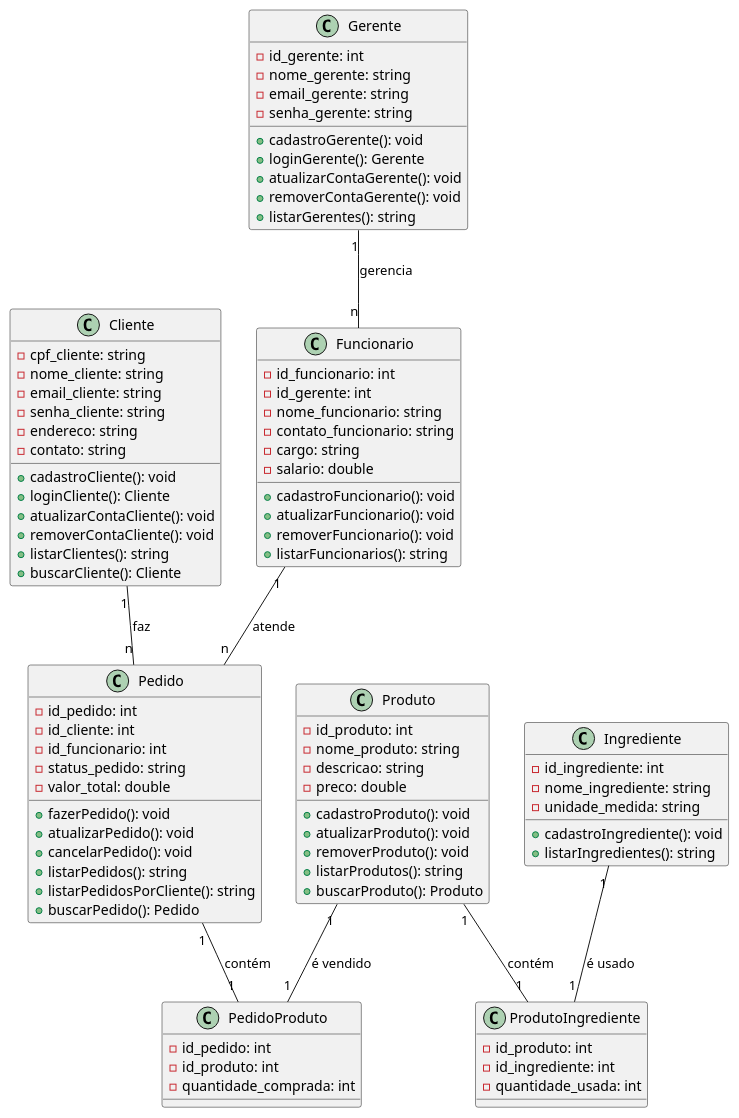
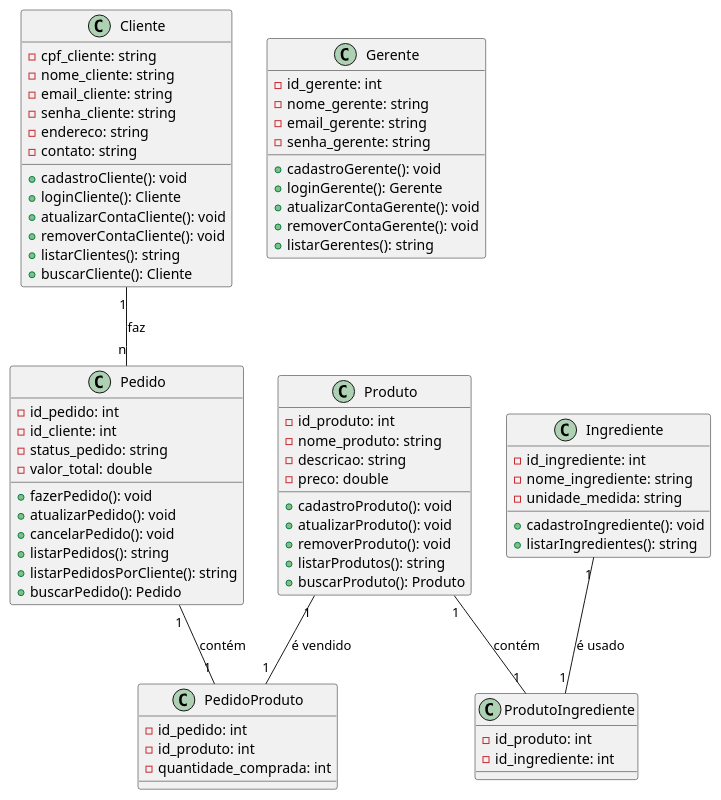
The diagram in diagrama/diagrama.puml (nicolinhaaaaaaas/ProjetoPadariaPython), drawn with PlantUML before and after one commit. The commit also changed 5 other files, not shown here.

```diff
--- a/diagrama/diagrama.puml
+++ b/diagrama/diagrama.puml
@@ -1,103 +1,85 @@
 @startuml diagrama
 
 class Cliente {
     - cpf_cliente: string
     - nome_cliente: string
     - email_cliente: string
     - senha_cliente: string
     - endereco: string
     - contato: string
 
     + cadastroCliente(): void
     + loginCliente(): Cliente
     + atualizarContaCliente(): void
     + removerContaCliente(): void
     + listarClientes(): string
     + buscarCliente(): Cliente
 }
 
 class Gerente {
     - id_gerente: int
     - nome_gerente: string
     - email_gerente: string
     - senha_gerente: string
 
     + cadastroGerente(): void
     + loginGerente(): Gerente
     + atualizarContaGerente(): void
     + removerContaGerente(): void
     + listarGerentes(): string
 }
 
-class Funcionario {
-    - id_funcionario: int
-    - id_gerente: int
-    - nome_funcionario: string
-    - contato_funcionario: string
-    - cargo: string
-    - salario: double
-
-    + cadastroFuncionario(): void
-    + atualizarFuncionario(): void
-    + removerFuncionario(): void
-    + listarFuncionarios(): string
-}
-
 class Produto {
     - id_produto: int
     - nome_produto: string
     - descricao: string
     - preco: double
 
     + cadastroProduto(): void
     + atualizarProduto(): void
     + removerProduto(): void
     + listarProdutos(): string
     + buscarProduto(): Produto
 }
 
 class Ingrediente {
     - id_ingrediente: int
     - nome_ingrediente: string
     - unidade_medida: string
 
     + cadastroIngrediente(): void
     + listarIngredientes(): string
 }
 
 class Pedido{
     - id_pedido: int
     - id_cliente: int
-    - id_funcionario: int
     - status_pedido: string
     - valor_total: double
 
     + fazerPedido(): void
     + atualizarPedido(): void
     + cancelarPedido(): void
     + listarPedidos(): string
     + listarPedidosPorCliente(): string
     + buscarPedido(): Pedido
 }
 
 class PedidoProduto{
     - id_pedido: int
     - id_produto: int
     - quantidade_comprada: int
 }
 
 class ProdutoIngrediente{
     - id_produto: int
     - id_ingrediente: int
-    - quantidade_usada: int
 }
 
 Cliente "1" -- "n" Pedido : faz
 Pedido "1" -- "1" PedidoProduto : contém
 Produto "1" -- "1" PedidoProduto : é vendido
 Produto "1" -- "1" ProdutoIngrediente : contém
 Ingrediente "1" -- "1" ProdutoIngrediente : é usado
-Funcionario "1" -- "n" Pedido : atende
-Gerente "1" -- "n" Funcionario : gerencia
 
 @enduml
```
